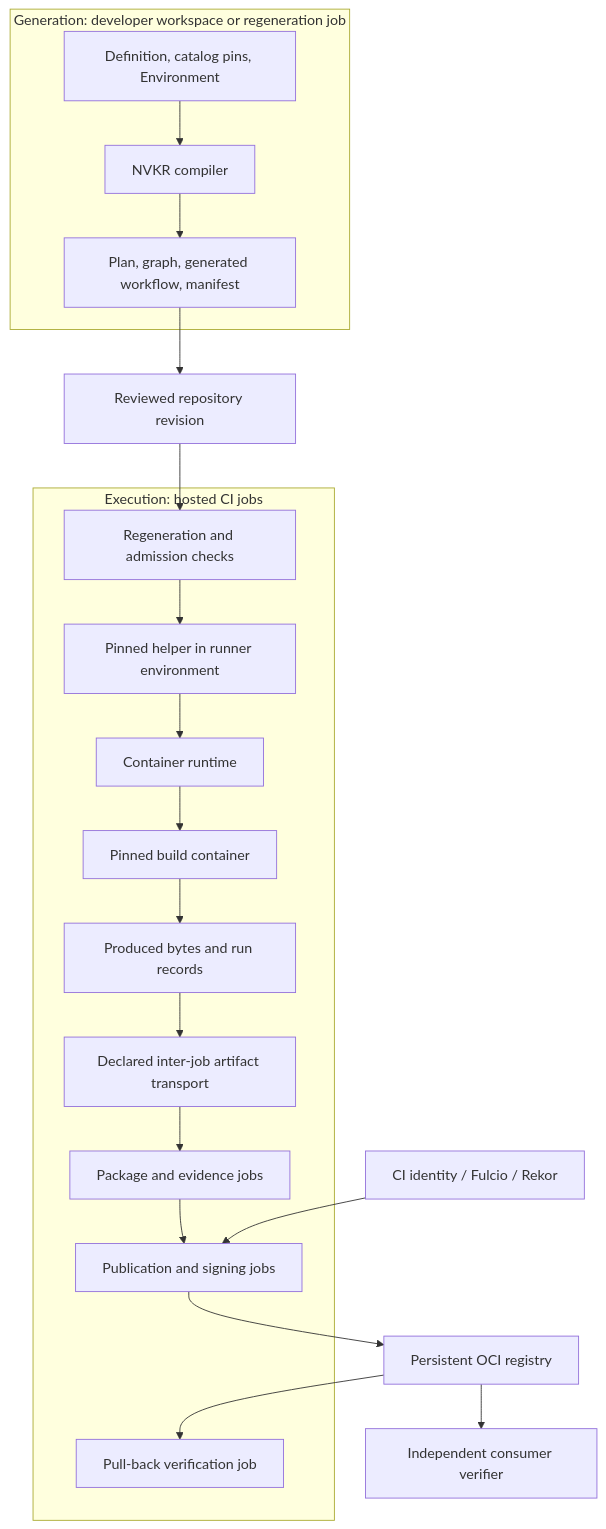
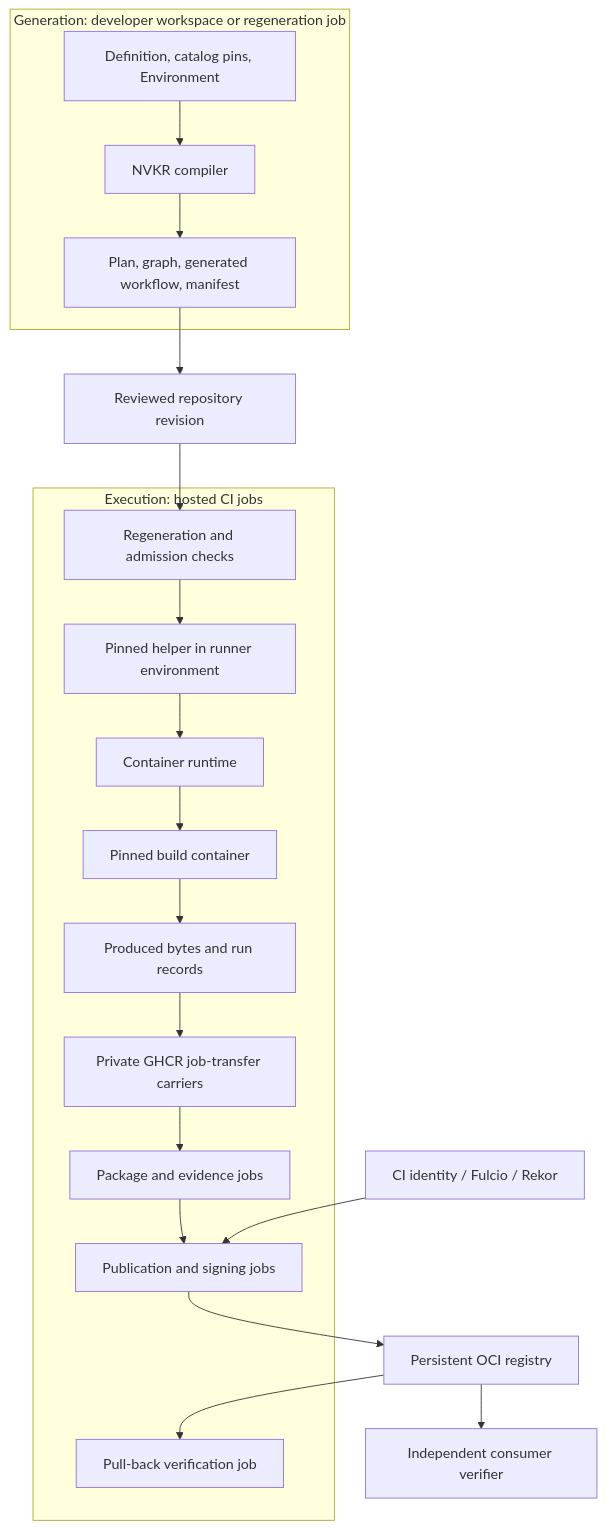
One commit to dsx-ai-factory/nvkr changed the second of 6 diagrams in docs/sadd.md. Above: the diagram before and after it, drawn with Mermaid. The commit also changed other lines of this file and 88 other files, not shown here.

First line of the commit message:
feat(ci)!: keep workflow payloads in private GHCR

````diff
--- a/docs/sadd.md
+++ b/docs/sadd.md
@@ -177,23 +177,23 @@
 ```mermaid
 flowchart TB
   subgraph Generation["Generation: developer workspace or regeneration job"]
     Inputs["Definition, catalog pins, Environment"] --> Compiler["NVKR compiler"]
     Compiler --> Bundle["Plan, graph, generated workflow, manifest"]
   end
   Bundle --> Repository["Reviewed repository revision"]
   Repository --> Gate["Regeneration and admission checks"]
   subgraph Execution["Execution: hosted CI jobs"]
     Gate --> Helper["Pinned helper in runner environment"]
     Helper --> Runtime["Container runtime"]
     Runtime --> Build["Pinned build container"]
     Build --> Workspace["Produced bytes and run records"]
-    Workspace --> Transport["Declared inter-job artifact transport"]
+    Workspace --> Transport["Private GHCR job-transfer carriers"]
     Transport --> Package["Package and evidence jobs"]
     Package --> Publish["Publication and signing jobs"]
     PullBack["Pull-back verification job"]
   end
   Publish --> OCI["Persistent OCI registry"]
   Identity["CI identity / Fulcio / Rekor"] --> Publish
   OCI --> PullBack
   OCI --> Consumer["Independent consumer verifier"]
 ```
````
